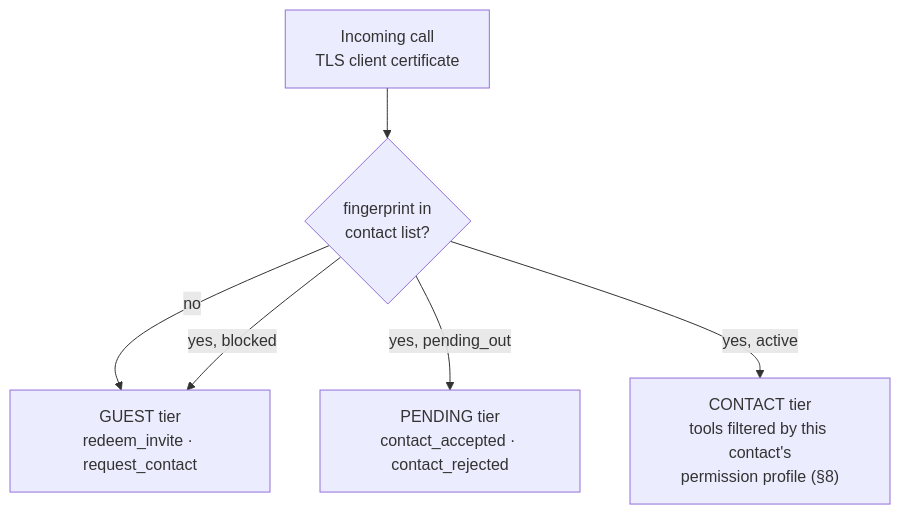
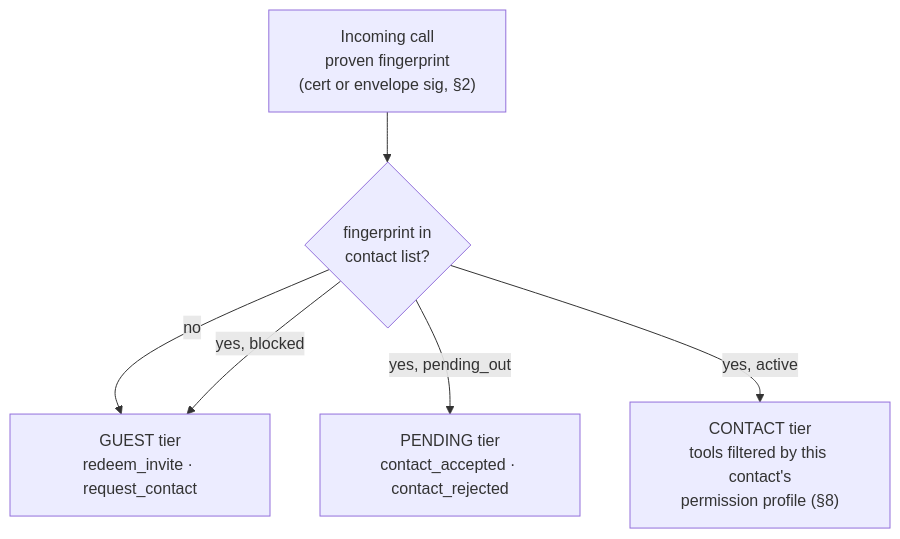
One commit to humandelegatedtrustprotocol/hdtp-spec changed the fifth of 9 diagrams in SPEC.md. Above: the diagram before and after it, drawn with Mermaid. The commit also changed other lines of this file and 1 other file, not shown here.

````diff
--- a/SPEC.md
+++ b/SPEC.md
@@ -224,8 +227,8 @@
 ```mermaid
 flowchart TD
-    C["Incoming call<br/>TLS client certificate"] --> F{"fingerprint in<br/>contact list?"}
+    C["Incoming call<br/>proven fingerprint<br/>(cert or envelope sig, §2)"] --> F{"fingerprint in<br/>contact list?"}
     F -- no --> G["GUEST tier<br/>redeem_invite · request_contact"]
     F -- "yes, pending_out" --> P["PENDING tier<br/>contact_accepted · contact_rejected"]
     F -- "yes, blocked" --> G
     F -- "yes, active" --> A["CONTACT tier<br/>tools filtered by this contact's<br/>permission profile (§8)"]
 ```
````
